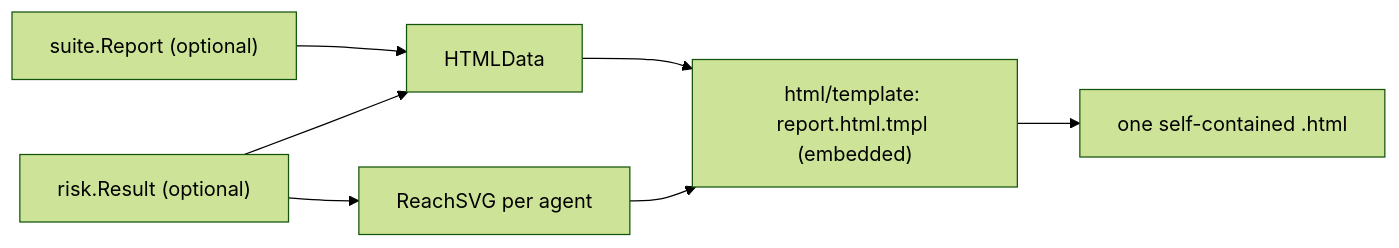
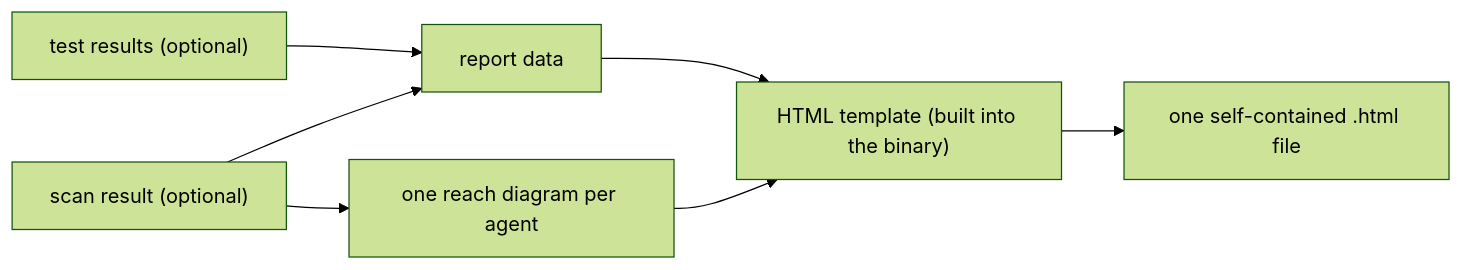
Before and after one commit to attckus/attckus: the diagram in docs/design/report.md, drawn with Mermaid (forest theme). The commit also changed other lines of this file and 9 other files, not shown here.

````diff
--- a/docs/design/report.md
+++ b/docs/design/report.md
@@ -17,9 +26,9 @@
 ```mermaid
 flowchart LR
-  test["suite.Report (optional)"] --> data[HTMLData]
-  scan["risk.Result (optional)"] --> data
-  data --> tmpl["html/template: report.html.tmpl (embedded)"]
-  scan --> svg["ReachSVG per agent"]
+  test["test results (optional)"] --> data[report data]
+  scan["scan result (optional)"] --> data
+  data --> tmpl["HTML template (built into the binary)"]
+  scan --> svg["one reach diagram per agent"]
   svg --> tmpl
-  tmpl --> file["one self-contained .html"]
+  tmpl --> file["one self-contained .html file"]
 ```
````
